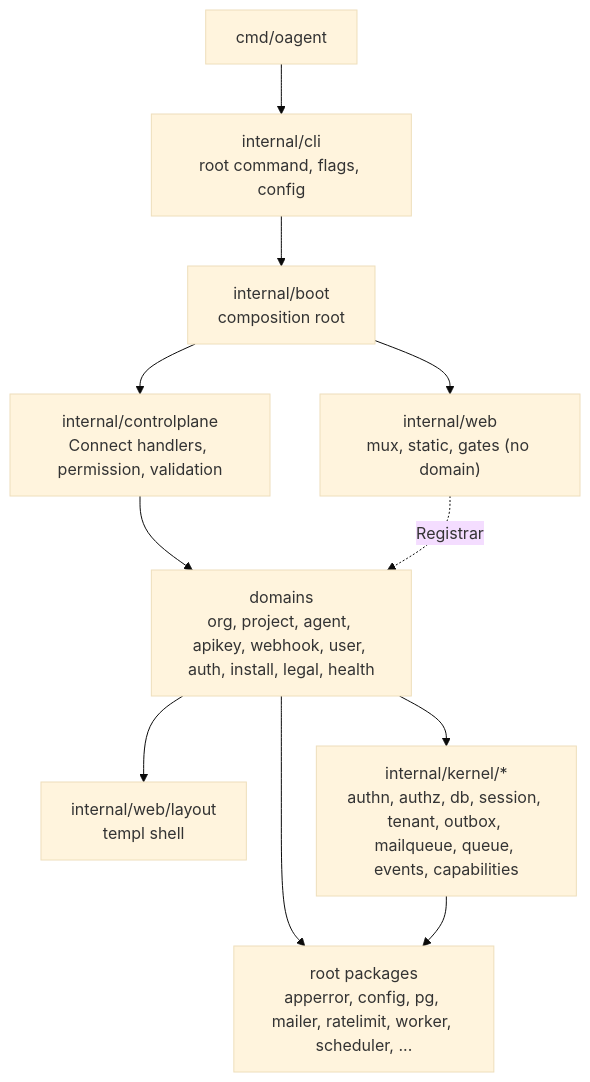
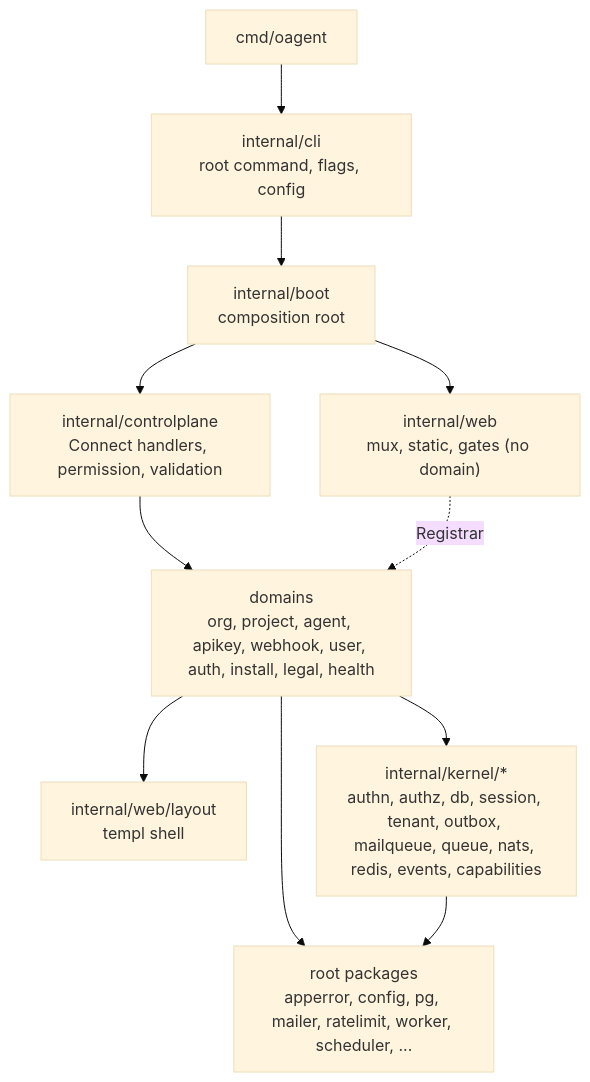
Before and after one commit to altalune-id/oagent: the diagram in docs/architecture/README.md, drawn with Mermaid (base theme). The commit also changed other lines of this file and 9 other files, not shown here.

Commit message:
chore: only the drivers and boot may import NATS or Redis; docs for the queue split

````diff
--- a/docs/architecture/README.md
+++ b/docs/architecture/README.md
@@ -22,13 +22,13 @@
 ```mermaid
 flowchart TB
   CMD["cmd/oagent"] --> CLI["internal/cli<br/>root command, flags, config"]
   CLI --> BOOT["internal/boot<br/>composition root"]
   BOOT --> CP["internal/controlplane<br/>Connect handlers, permission, validation"]
   BOOT --> WEB["internal/web<br/>mux, static, gates (no domain)"]
   CP --> DOM["domains<br/>org, project, agent, apikey, webhook, user, auth, install, legal, health"]
   WEB -. Registrar .-> DOM
   DOM --> LAYOUT["internal/web/layout<br/>templ shell"]
-  DOM --> KERNEL["internal/kernel/*<br/>authn, authz, db, session, tenant, outbox, mailqueue, queue, events, capabilities"]
+  DOM --> KERNEL["internal/kernel/*<br/>authn, authz, db, session, tenant, outbox, mailqueue, queue, nats, redis, events, capabilities"]
   DOM --> ROOT["root packages<br/>apperror, config, pg, mailer, ratelimit, worker, scheduler, ..."]
   KERNEL --> ROOT
 ```
````
